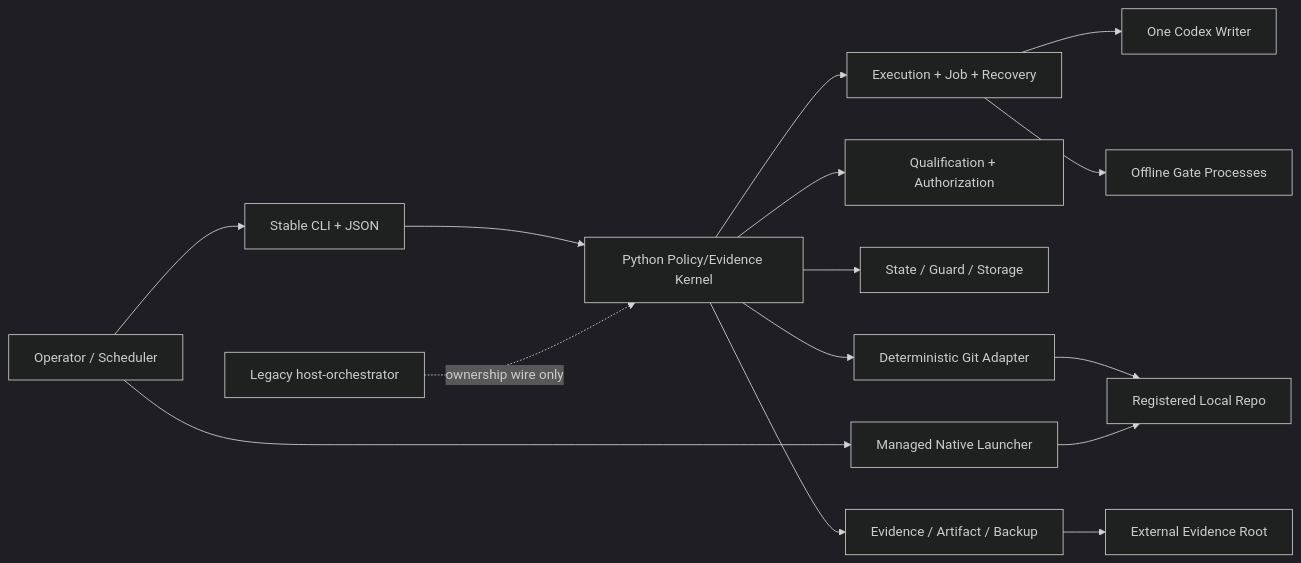
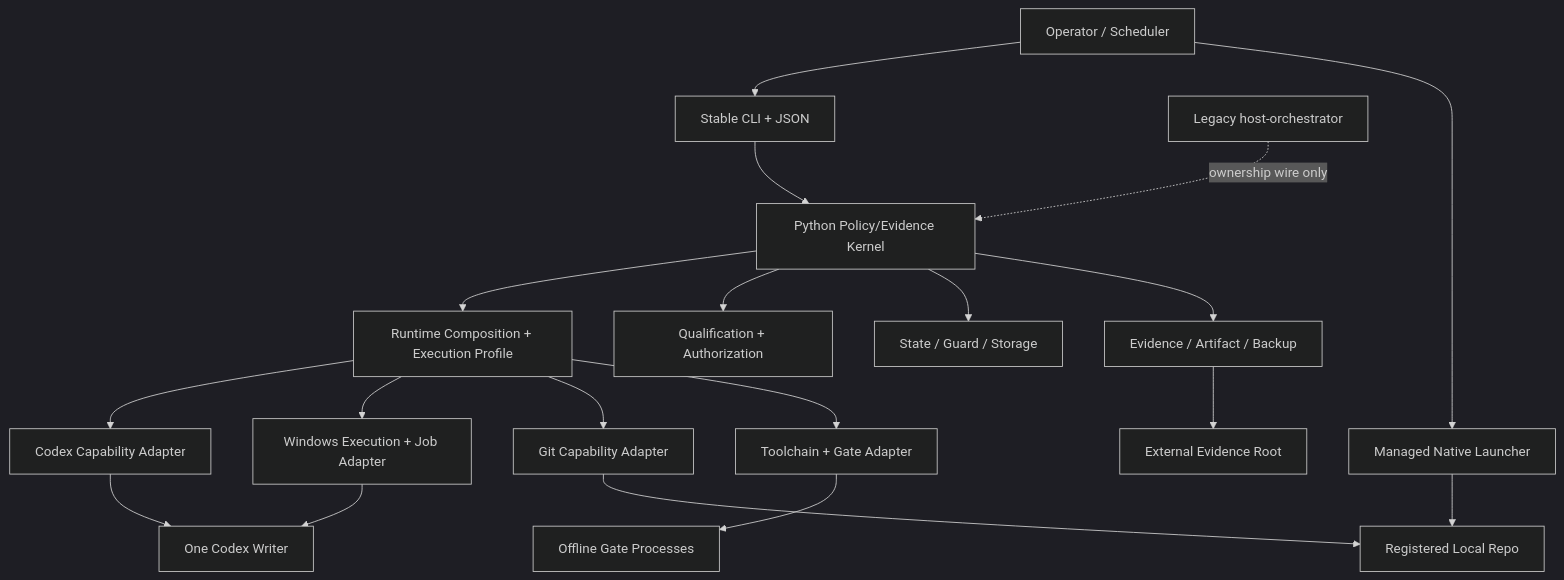
The first of 2 diagrams in docs/architecture/orchestrator-target-architecture.md (sciman-top/local-ai-runtime), drawn with Mermaid (dark theme) before and after one commit. The commit also changed other lines of this file and 21 other files, not shown here.

````diff
--- a/docs/architecture/orchestrator-target-architecture.md
+++ b/docs/architecture/orchestrator-target-architecture.md
@@ -33,17 +34,21 @@
 ```mermaid
-flowchart LR
+flowchart TB
     U["Operator / Scheduler"] --> CLI["Stable CLI + JSON"]
     U --> N["Managed Native Launcher"]
     CLI --> K["Python Policy/Evidence Kernel"]
+    K --> P["Runtime Composition + Execution Profile"]
     K --> Q["Qualification + Authorization"]
     K --> S["State / Guard / Storage"]
-    K --> E["Execution + Job + Recovery"]
-    K --> G["Deterministic Git Adapter"]
+    P --> C["Codex Capability Adapter"]
+    P --> E["Windows Execution + Job Adapter"]
+    P --> G["Git Capability Adapter"]
+    P --> T["Toolchain + Gate Adapter"]
     K --> V["Evidence / Artifact / Backup"]
-    E --> W["One Codex Writer"]
-    E --> T["Offline Gate Processes"]
+    C --> W["One Codex Writer"]
+    E --> W
+    T --> O["Offline Gate Processes"]
     G --> R["Registered Local Repo"]
     V --> X["External Evidence Root"]
     L["Legacy host-orchestrator"] -. "ownership wire only" .-> K
     N --> R
 ```
````
